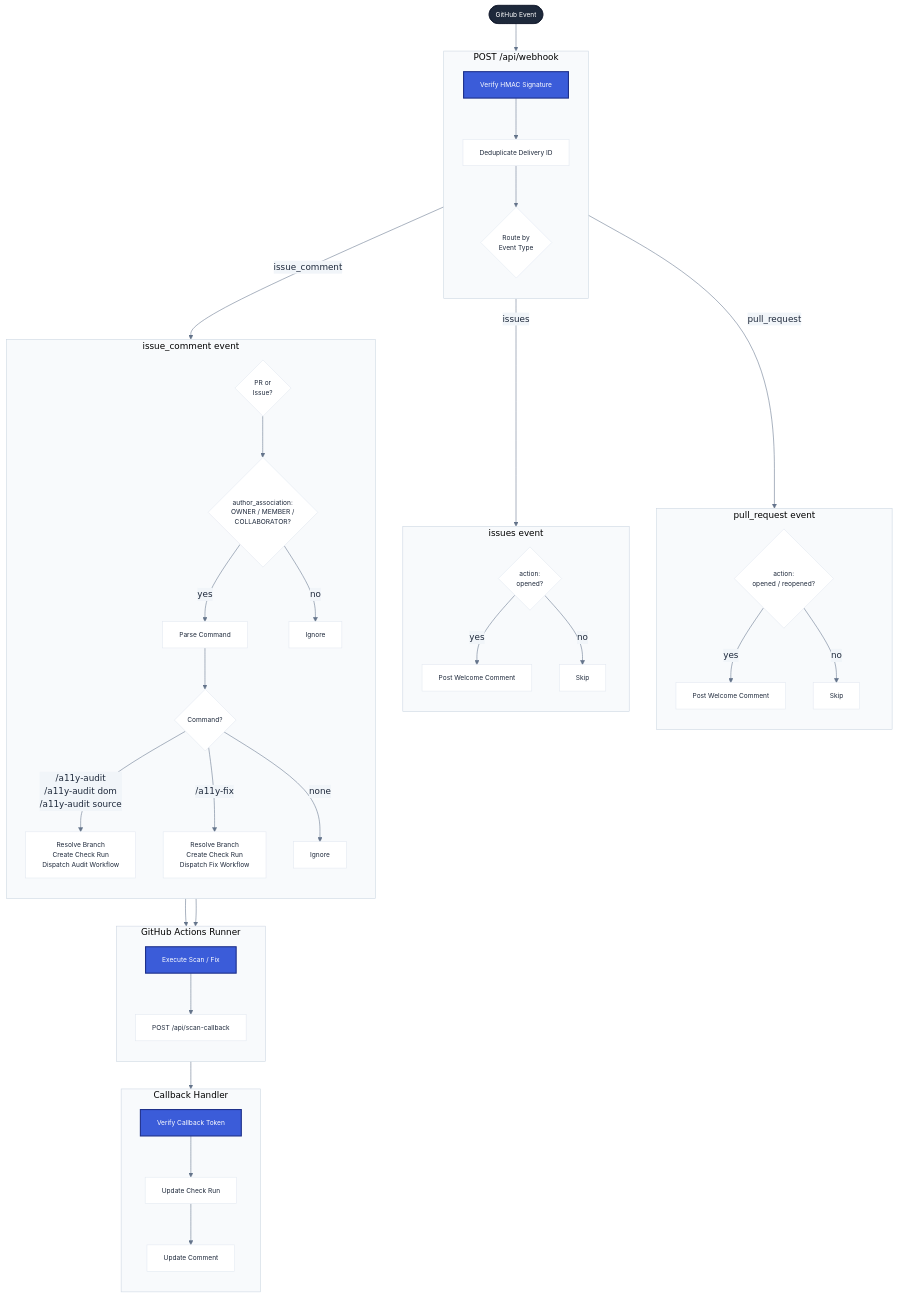
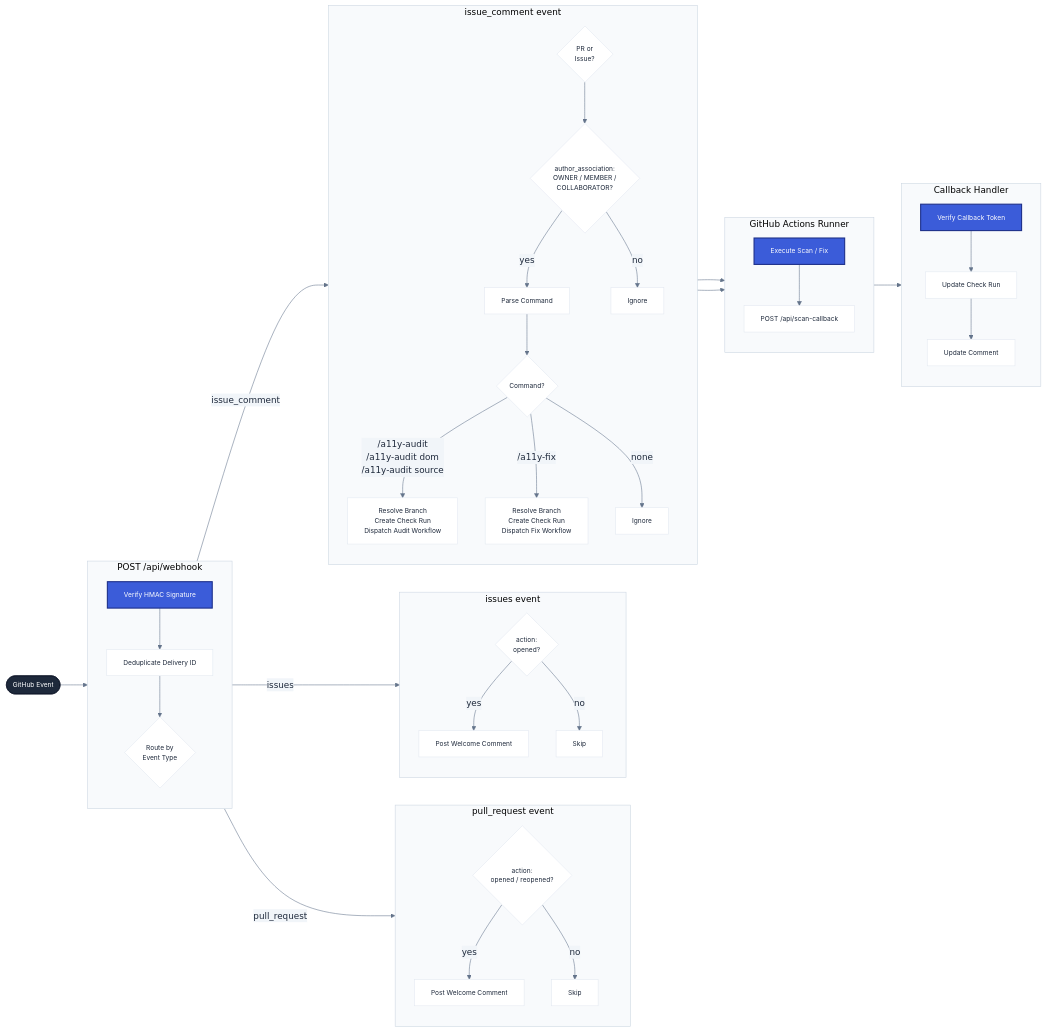
One commit to diegovelasquezweb/a11y-github-app changed the first of 3 diagrams in docs/architecture.md. Above: the diagram before and after it, drawn with Mermaid.

Commit message:
docs: change request flow diagram to LR layout

````diff
--- a/docs/architecture.md
+++ b/docs/architecture.md
@@ -55,73 +55,73 @@
 ```mermaid
 %%{init: { 'theme': 'base', 'themeVariables': { 'primaryColor': '#3b5cd9', 'primaryTextColor': '#1e293b', 'primaryBorderColor': '#1e308a', 'lineColor': '#64748b', 'secondaryColor': '#f1f5f9', 'tertiaryColor': '#fff', 'mainBkg': '#fff', 'nodeBorder': '#e2e8f0', 'clusterBkg': '#f8fafc', 'clusterBorder': '#cbd5e1' } } }%%
-flowchart TD
+flowchart LR
     GH(["GitHub Event"])
 
     subgraph Webhook ["POST /api/webhook"]
         direction TB
         V["Verify HMAC Signature"]
         D["Deduplicate Delivery ID"]
         R{"Route by<br/>Event Type"}
         V --> D --> R
     end
 
     subgraph PR ["pull_request event"]
         direction TB
         PA{"action:<br/>opened / reopened?"}
         WC["Post Welcome Comment"]
         PA -->|yes| WC
         PA -->|no| SKIP1["Skip"]
     end
 
     subgraph ISS ["issues event"]
         direction TB
         IA{"action:<br/>opened?"}
         IWC["Post Welcome Comment"]
         IA -->|yes| IWC
         IA -->|no| SKIP4["Skip"]
     end
 
     subgraph IC ["issue_comment event"]
         direction TB
         CTX{"PR or<br/>Issue?"}
         AUTH{"author_association:<br/>OWNER / MEMBER /<br/>COLLABORATOR?"}
         CTX --> AUTH
         AUTH -->|yes| PARSE["Parse Command"]
         AUTH -->|no| SKIP2["Ignore"]
         PARSE --> CMD{"Command?"}
         CMD -->|"/a11y-audit<br/>/a11y-audit dom<br/>/a11y-audit source"| AUDIT["Resolve Branch<br/>Create Check Run<br/>Dispatch Audit Workflow"]
         CMD -->|"/a11y-fix"| FIX["Resolve Branch<br/>Create Check Run<br/>Dispatch Fix Workflow"]
         CMD -->|"none"| SKIP3["Ignore"]
     end
 
     subgraph Runner ["GitHub Actions Runner"]
         direction TB
         RUN["Execute Scan / Fix"]
         CB["POST /api/scan-callback"]
         RUN --> CB
     end
 
     subgraph Callback ["Callback Handler"]
         direction TB
         TOK["Verify Callback Token"]
         UPD["Update Check Run"]
         CMT["Update Comment"]
         TOK --> UPD --> CMT
     end
 
     GH --> Webhook
     R -->|pull_request| PR
     R -->|issues| ISS
     R -->|issue_comment| IC
     AUDIT --> Runner
     FIX --> Runner
     Runner --> Callback
 
     classDef default font-family:Inter,sans-serif,font-size:12px;
     classDef entry fill:#1e293b,color:#fff,stroke:#0f172a;
     classDef core fill:#3b5cd9,color:#fff,stroke:#1e308a,stroke-width:2px;
     classDef decision fill:#f1f5f9,stroke:#cbd5e1;
 
     class GH entry;
     class V,RUN,TOK core;
 ```
````
